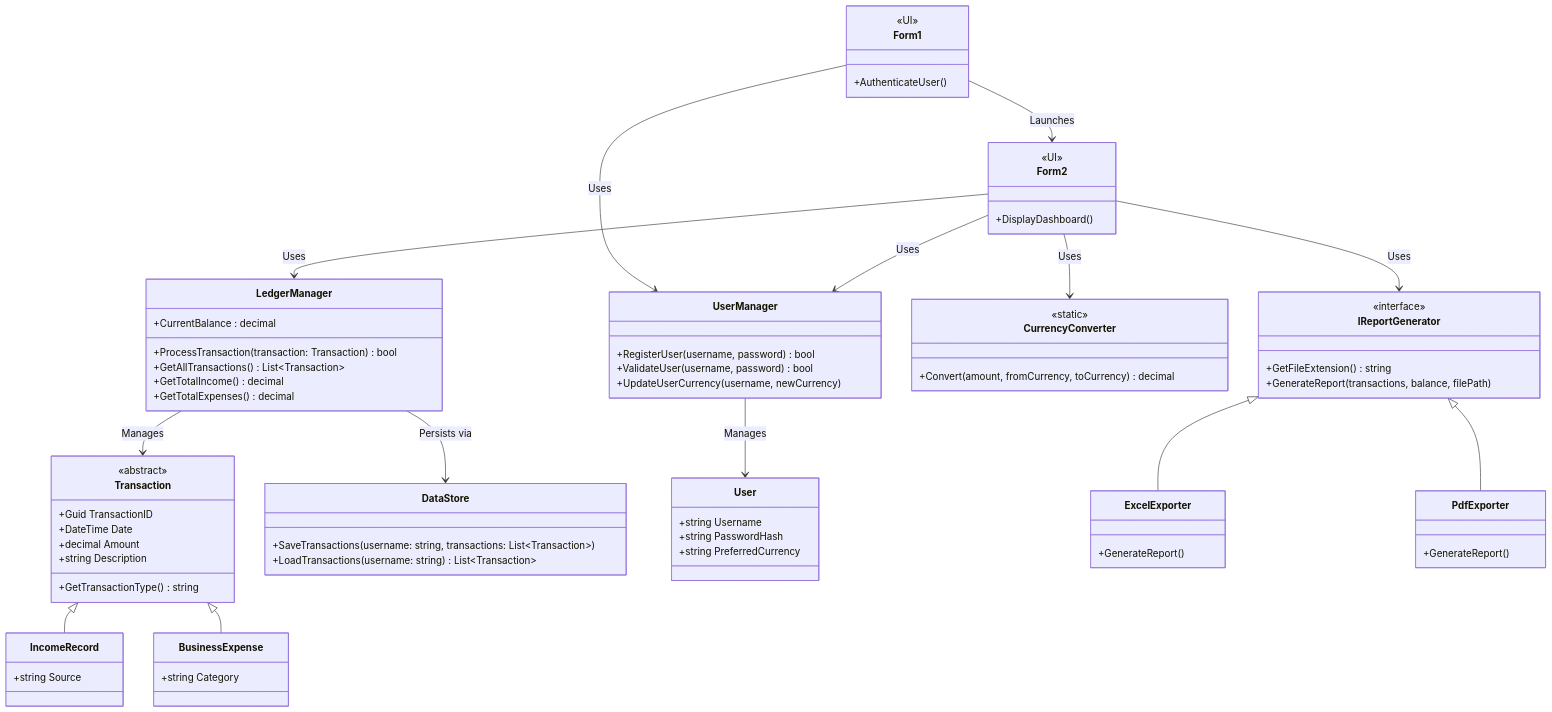
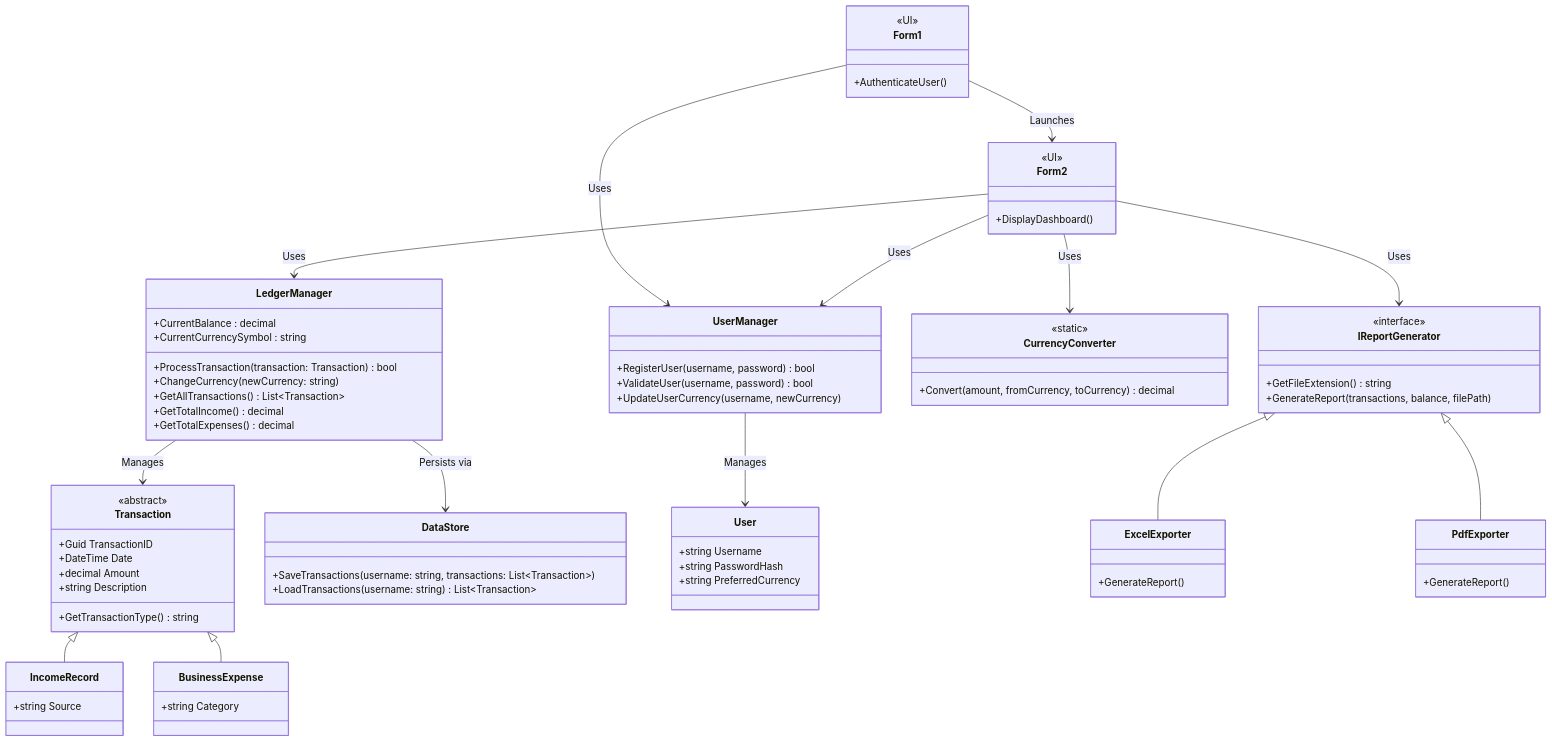
One commit to colkeaz/OmniLedger changed the diagram in README.md. Above: the diagram before and after it, drawn with Mermaid. The commit also changed other lines of this file and 9 other files, not shown here.

```diff
--- a/README.md
+++ b/README.md
@@ -29,7 +29,9 @@
 
     class LedgerManager {
         +CurrentBalance : decimal
+        +CurrentCurrencySymbol : string
         +ProcessTransaction(transaction: Transaction) bool
+        +ChangeCurrency(newCurrency: string)
         +GetAllTransactions() List~Transaction~
         +GetTotalIncome() decimal
         +GetTotalExpenses() decimal
```
